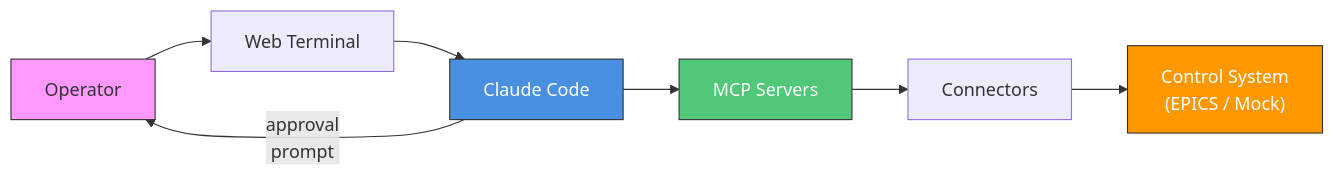
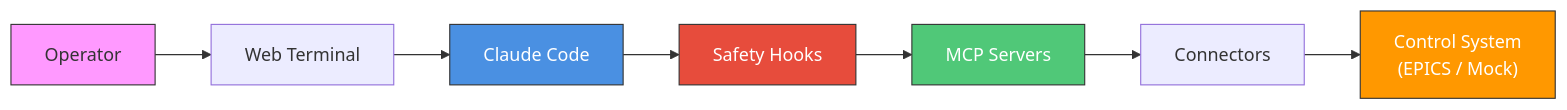
Before and after one commit to als-apg/osprey: the first of 3 diagrams in docs/source/architecture/index.rst, drawn with Mermaid. The commit also changed other lines of this file, not shown here.

First line of the commit message:
docs(architecture): rewrite architecture overview page

```diff
--- a/docs/source/architecture/index.rst
+++ b/docs/source/architecture/index.rst
@@ -8,15 +8,15 @@
 .. mermaid::
 
    flowchart LR
        User["Operator"] --> WebTerm["Web Terminal"]
        WebTerm --> Claude["Claude Code"]
-       Claude --> MCP["MCP Servers"]
+       Claude --> Hooks["Safety Hooks"]
+       Hooks --> MCP["MCP Servers"]
        MCP --> Conn["Connectors"]
        Conn --> HW["Control System<br/>(EPICS / Mock)"]
 
-       Claude -->|"approval<br/>prompt"| User
-
        style User fill:#f9f,stroke:#333
        style Claude fill:#4a90e2,stroke:#333,color:#fff
+       style Hooks fill:#e74c3c,stroke:#333,color:#fff
        style MCP fill:#50c878,stroke:#333,color:#fff
        style HW fill:#ff9800,stroke:#333,color:#fff
```
